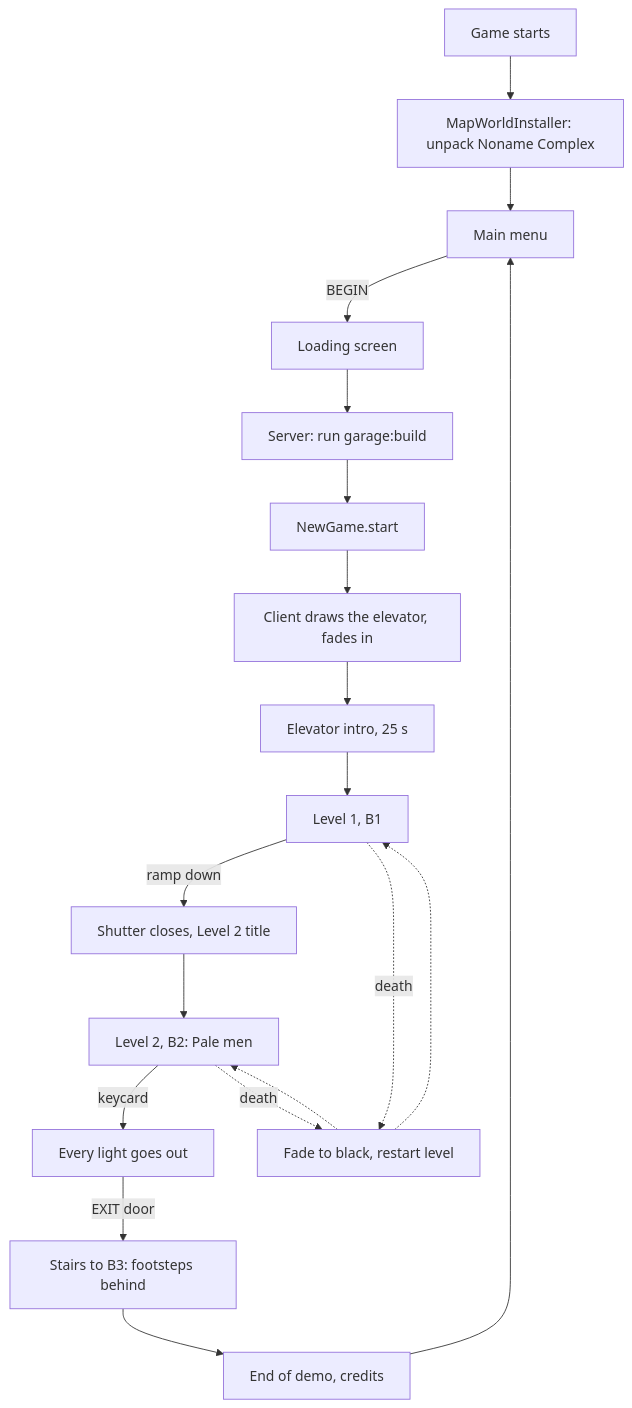
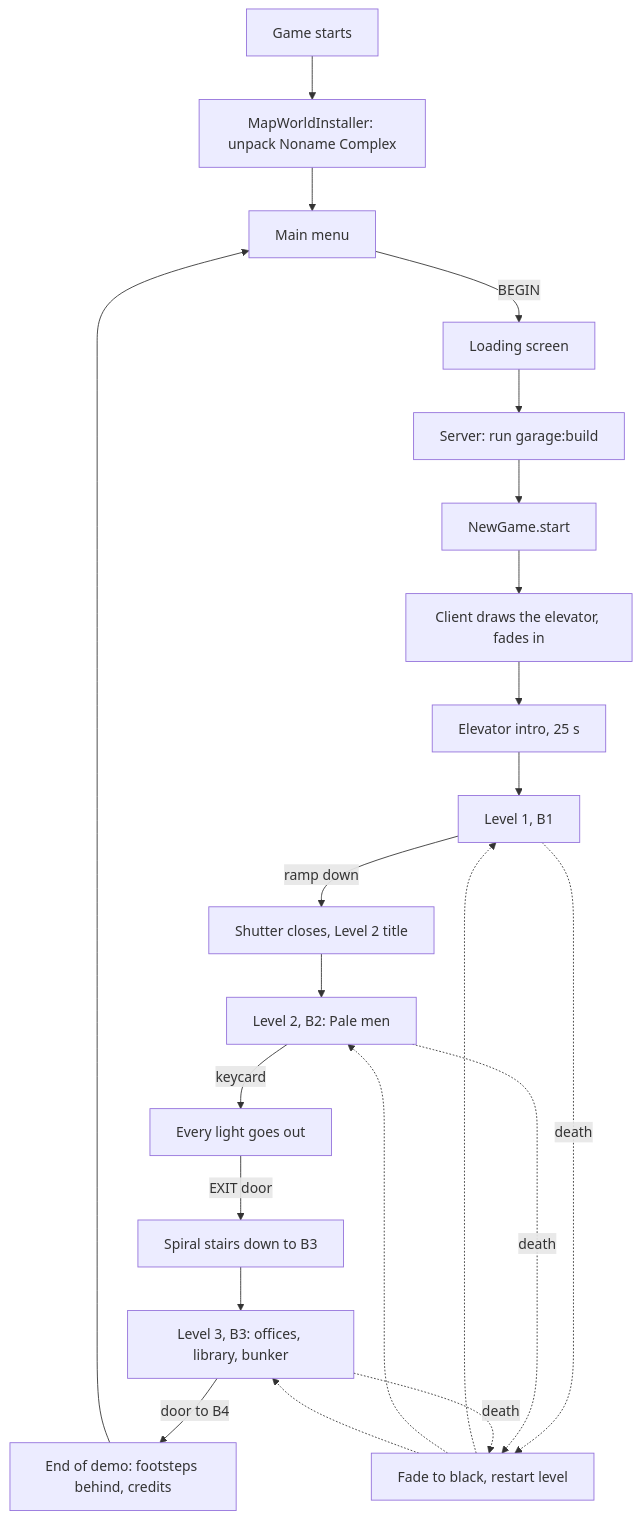
Before and after one commit to Daio7771/EveryTunnelMod: the diagram in docs/en/game-flow.md, drawn with Mermaid. The commit also changed other lines of this file and 282 other files, not shown here.

````diff
--- a/docs/en/game-flow.md
+++ b/docs/en/game-flow.md
@@ -8,21 +8,24 @@
 ```mermaid
 flowchart TD
     A[Game starts] --> B[MapWorldInstaller: unpack Noname Complex]
     B --> C[Main menu]
     C -->|BEGIN| D[Loading screen]
     D --> E[Server: run garage:build]
     E --> F[NewGame.start]
     F --> G[Client draws the elevator, fades in]
     G --> H[Elevator intro, 25 s]
     H --> I[Level 1, B1]
     I -->|ramp down| J[Shutter closes, Level 2 title]
     J --> K[Level 2, B2: Pale men]
     K -->|keycard| L[Every light goes out]
-    L -->|EXIT door| M[Stairs to B3: footsteps behind]
-    M --> N[End of demo, credits]
+    L -->|EXIT door| M[Spiral stairs down to B3]
+    M --> P[Level 3, B3: offices, library, bunker]
+    P -->|door to B4| N[End of demo: footsteps behind, credits]
     N --> C
     I -.->|death| O[Fade to black, restart level]
     K -.->|death| O
+    P -.->|death| O
     O -.-> I
     O -.-> K
+    O -.-> P
 ```
````
